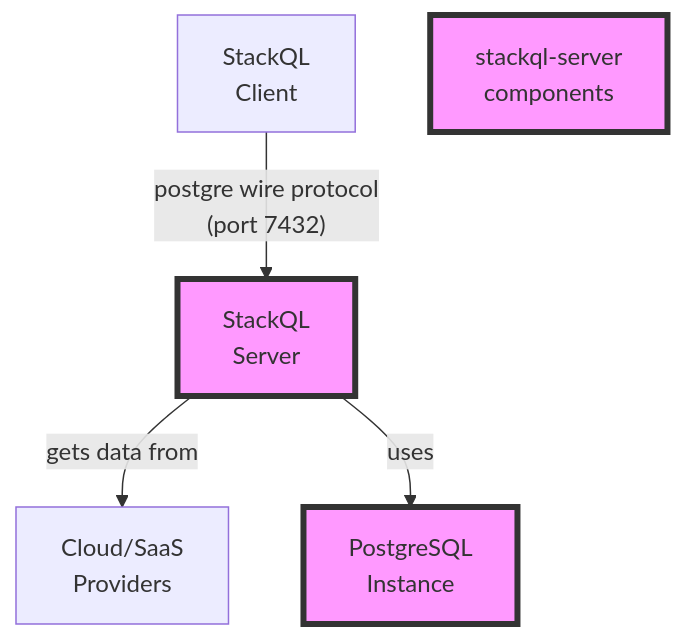
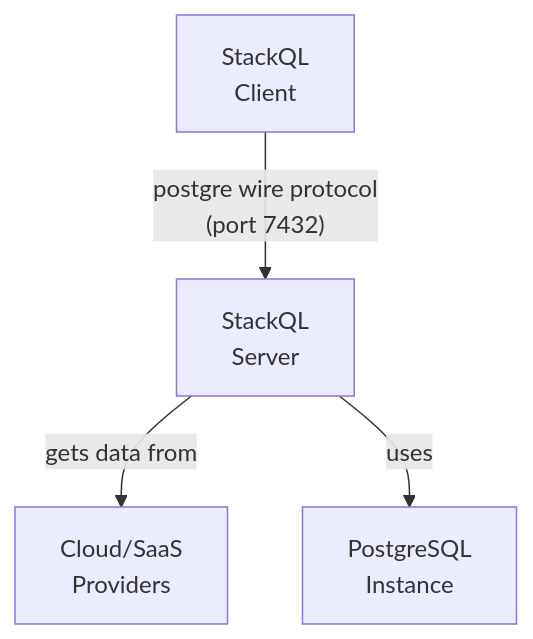
One commit to stackql/stackql-server changed the diagram in README.md. Above: the diagram before and after it, drawn with Mermaid.

````diff
--- a/README.md
+++ b/README.md
@@ -10,13 +10,8 @@
 ```mermaid
 graph TD;
-    classDef backend fill:#f9f,stroke:#333,stroke-width:4px;
-    
     B[StackQL\nServer]:::backend;
     C[PostgreSQL\nInstance]:::backend;
-    
     A[StackQL\nClient] -- postgre wire protocol\n(port 7432) --> B;
     B -- gets data from --> E[Cloud/SaaS\nProviders];
     B -- uses --> C;
-    
-    L[stackql-server\ncomponents]:::backend;
 ```
````
